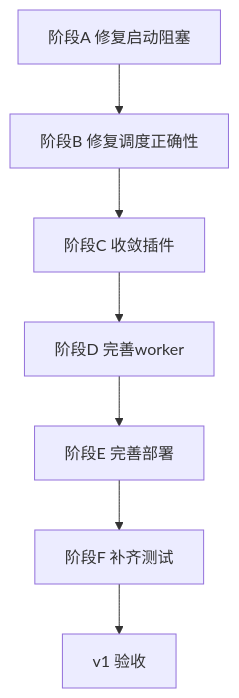
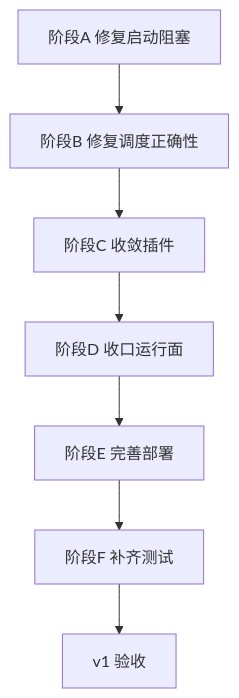
The diagram in docs/plan.md (xycdaimi/KeyFlow), drawn with Mermaid before and after one commit. The commit also changed other lines of this file and 15 other files, not shown here.

````diff
--- a/docs/plan.md
+++ b/docs/plan.md
@@ -244,9 +250,9 @@
 ```mermaid
 flowchart TD
     A[阶段A 修复启动阻塞] --> B[阶段B 修复调度正确性]
     B --> C[阶段C 收敛插件]
-    C --> D[阶段D 完善worker]
+    C --> D[阶段D 收口运行面]
     D --> E[阶段E 完善部署]
     E --> F[阶段F 补齐测试]
     F --> G[v1 验收]
 ```
````
